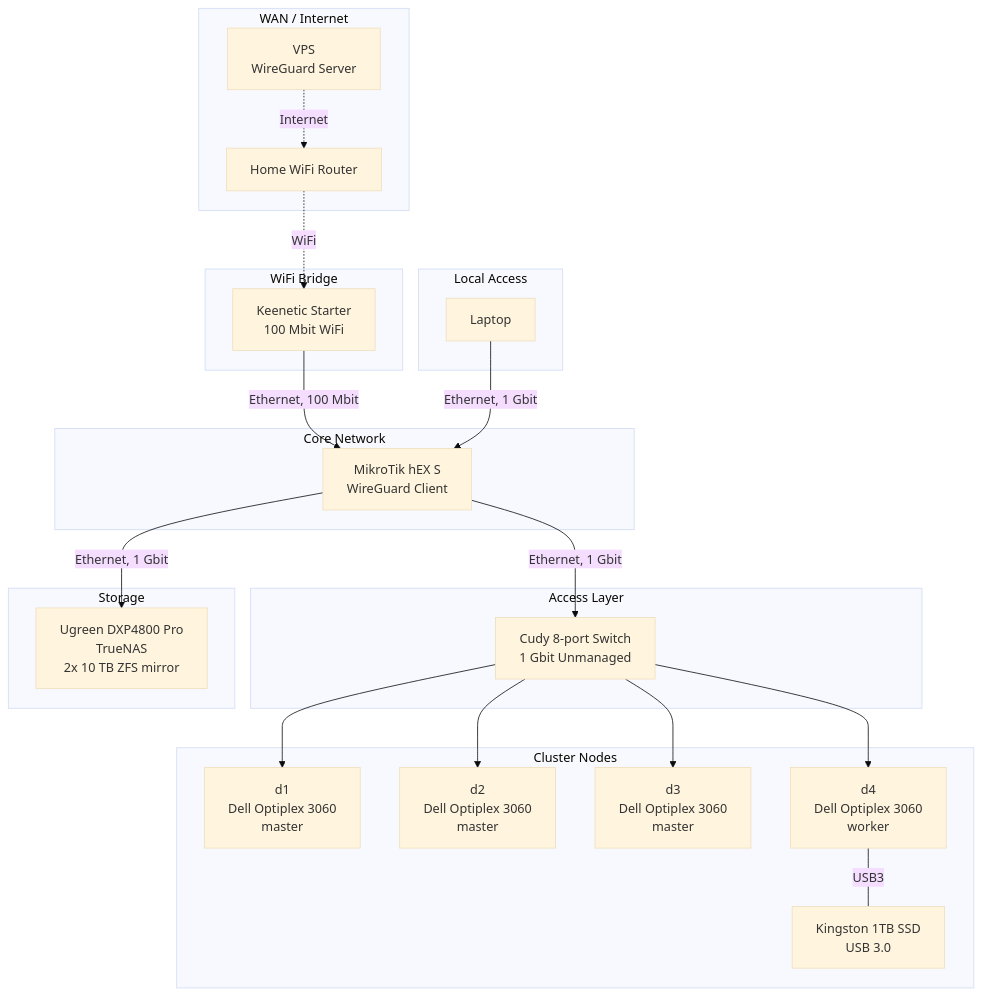
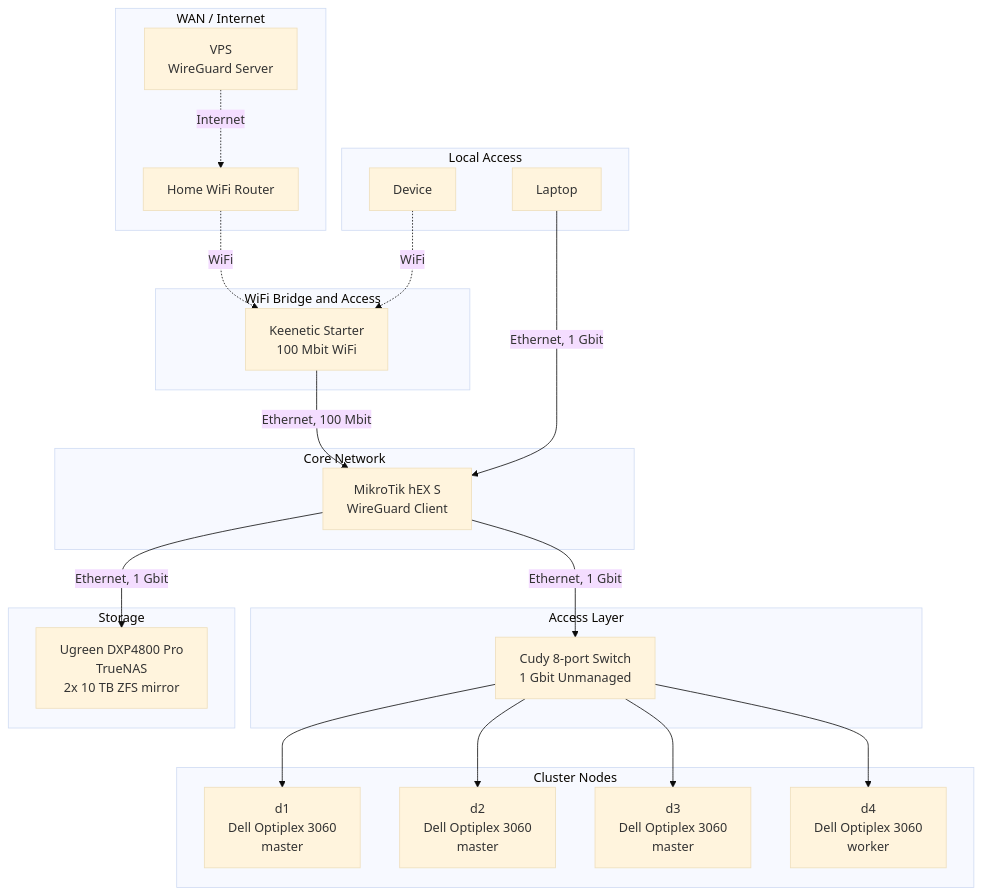
The first of 2 diagrams in docs/en/v1/network.md (PearlFoe/homelab), drawn with Mermaid (base theme) before and after one commit. The commit also changed other lines of this file and 9 other files, not shown here.

````diff
--- a/docs/en/v1/network.md
+++ b/docs/en/v1/network.md
@@ -5,41 +5,41 @@
 ```mermaid
 graph TD
     subgraph wan ["WAN / Internet"]
         HomeRouter["Home WiFi Router"]
         VPS["VPS\nWireGuard Server"]
     end
-    subgraph bridge ["WiFi Bridge"]
+    subgraph bridge ["WiFi Bridge and Access"]
         Keenetic["Keenetic Starter\n100 Mbit WiFi"]
     end
     subgraph localAccess ["Local Access"]
         Laptop["Laptop"]
+        Device["Device"]
     end
     subgraph core ["Core Network"]
         MikroTik["MikroTik hEX S\nWireGuard Client"]
     end
     subgraph access ["Access Layer"]
         Switch["Cudy 8-port Switch\n1 Gbit Unmanaged"]
     end
     subgraph storage ["Storage"]
         NAS["Ugreen DXP4800 Pro\nTrueNAS\n2x 10 TB ZFS mirror"]
     end
     subgraph nodes ["Cluster Nodes"]
         D1["d1\nDell Optiplex 3060\nmaster"]
         D2["d2\nDell Optiplex 3060\nmaster"]
         D3["d3\nDell Optiplex 3060\nmaster"]
         D4["d4\nDell Optiplex 3060\nworker"]
-        ExtSSD["Kingston 1TB SSD\nUSB 3.0"]
     end
 
     VPS -.->|Internet| HomeRouter
     HomeRouter -.->|WiFi| Keenetic
     Keenetic -->|"Ethernet, 100 Mbit"| MikroTik
+    Device -.->|WiFi| Keenetic
     Laptop -->|"Ethernet, 1 Gbit"| MikroTik
     MikroTik -->|"Ethernet, 1 Gbit"| Switch
     MikroTik -->|"Ethernet, 1 Gbit"| NAS
     Switch --> D1
     Switch --> D2
     Switch --> D3
     Switch --> D4
-    D4 ---|USB3| ExtSSD
 ```
````
